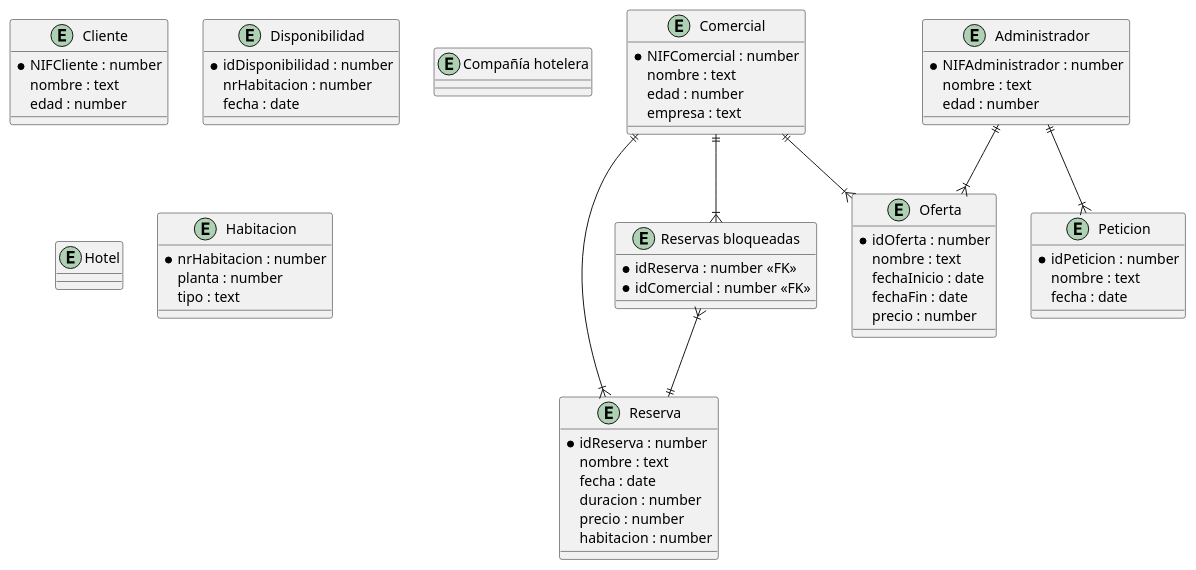
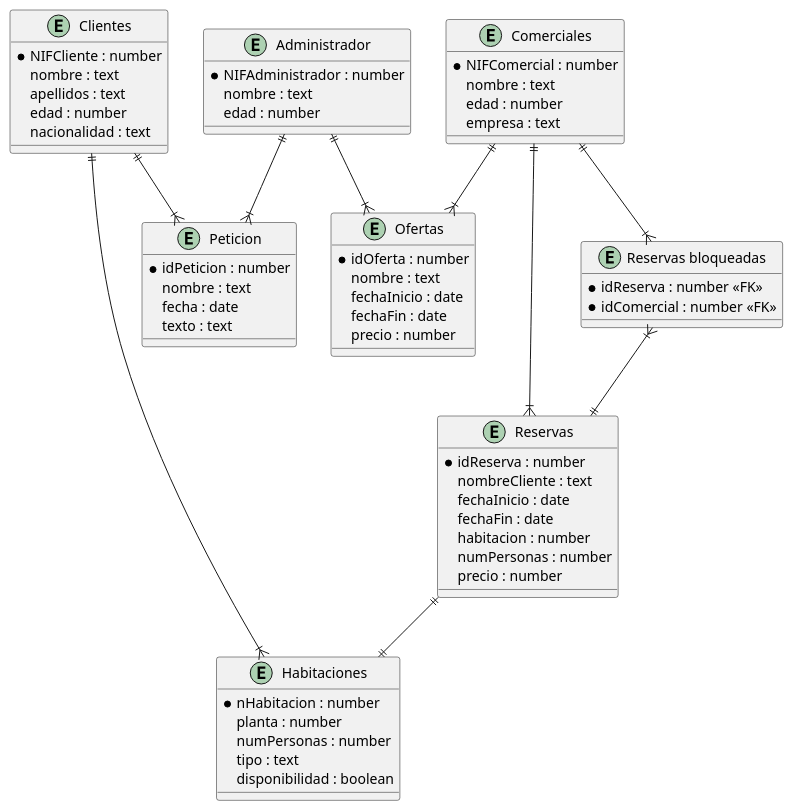
The diagram in lab1/src/supuesto3E-R.puml (it557/INRE-UAL-BLANCO-2022), drawn with PlantUML before and after one commit.

Commit message:
diagrama e-r supuesto 3

```diff
--- a/lab1/src/supuesto3E-R.puml
+++ b/lab1/src/supuesto3E-R.puml
@@ -1,80 +1,80 @@
 @startuml supuesto3E-R
 
-entity "Reserva" as Reserva{
+entity "Reservas" as Reservas{
     * idReserva : number
-    nombre : text
-    fecha : date
-    duracion : number
+    nombreCliente : text
+    fechaInicio : date
+    fechaFin : date
+    habitacion : number
+    numPersonas : number
     precio : number
-    habitacion : number
 }
 
 entity "Reservas bloqueadas" as rb{
     * idReserva : number <<FK>>
     * idComercial : number <<FK>>
 }
 
-entity "Oferta" as Oferta{
+entity "Ofertas" as Ofertas{
     * idOferta : number
     nombre : text
     fechaInicio : date
     fechaFin : date
     precio : number
 }
 
 entity "Peticion" as Peticion{
     * idPeticion : number
     nombre : text
     fecha : date
+    texto : text
 }
 
-entity "Cliente" as Cliente{
-    * NIFCliente : number
-    nombre : text
-    edad : number
-}
 
-entity "Comercial" as Comercial{
+entity "Comerciales" as Comerciales{
     * NIFComercial : number
     nombre : text
     edad : number
     empresa : text
 }
 
 entity "Administrador" as Administrador{
     * NIFAdministrador : number
     nombre : text
     edad : number
 }
 
-entity "Disponibilidad" as Disponibilidad{
-    * idDisponibilidad : number
-    nrHabitacion : number
-    fecha : date
+
+entity "Clientes" as Clientes{
+    * NIFCliente : number
+    nombre : text
+    apellidos : text
+    edad : number
+    nacionalidad : text
 }
 
-entity "Compañía hotelera"{
-
-}
-
-entity "Hotel"{
-
-}
-
-entity "Habitacion"{
-    * nrHabitacion : number
+entity "Habitaciones"{
+    * nHabitacion : number
     planta : number
+    numPersonas : number
     tipo : text
+    disponibilidad : boolean
 }
 
 
-Comercial ||--|{ Oferta
-Comercial ||--|{ Reserva
-Administrador ||--|{ Oferta
+Comerciales ||--|{ Ofertas
+Comerciales ||--|{ Reservas
+
+Clientes ||--|{ Habitaciones
+Clientes ||--|{ Peticion
+
+Administrador ||--|{ Ofertas
 Administrador ||--|{ Peticion
 
-Comercial ||--|{ rb
-rb }|--|| Reserva
+Reservas ||--|| Habitaciones
+
+Comerciales ||--|{ rb
+rb }|--|| Reservas
 
 
 @enduml
```
